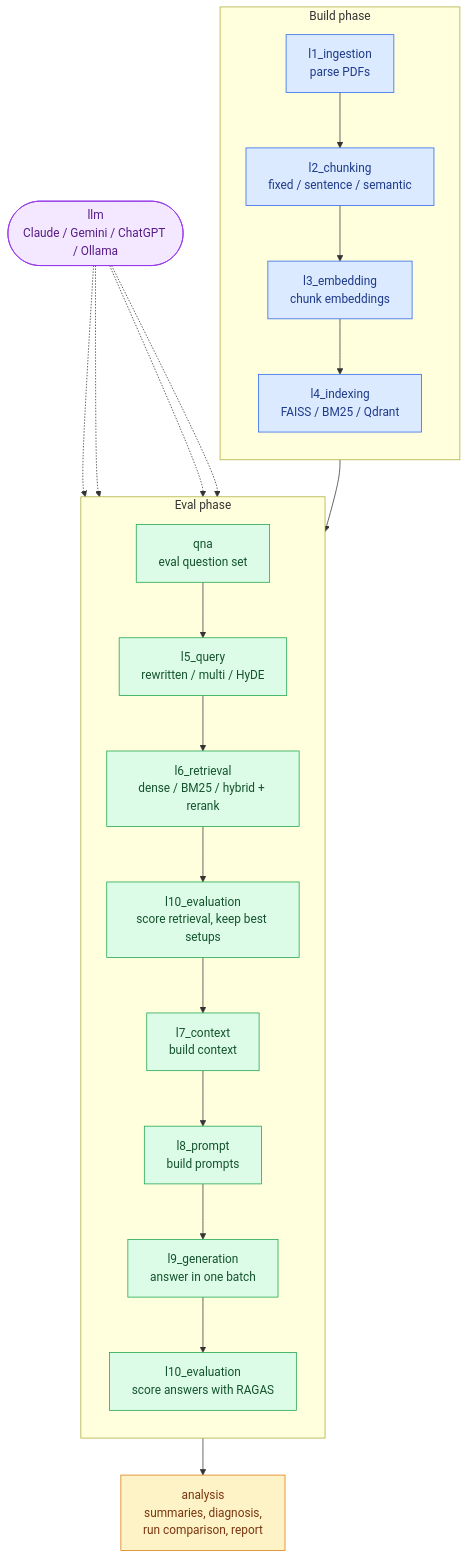
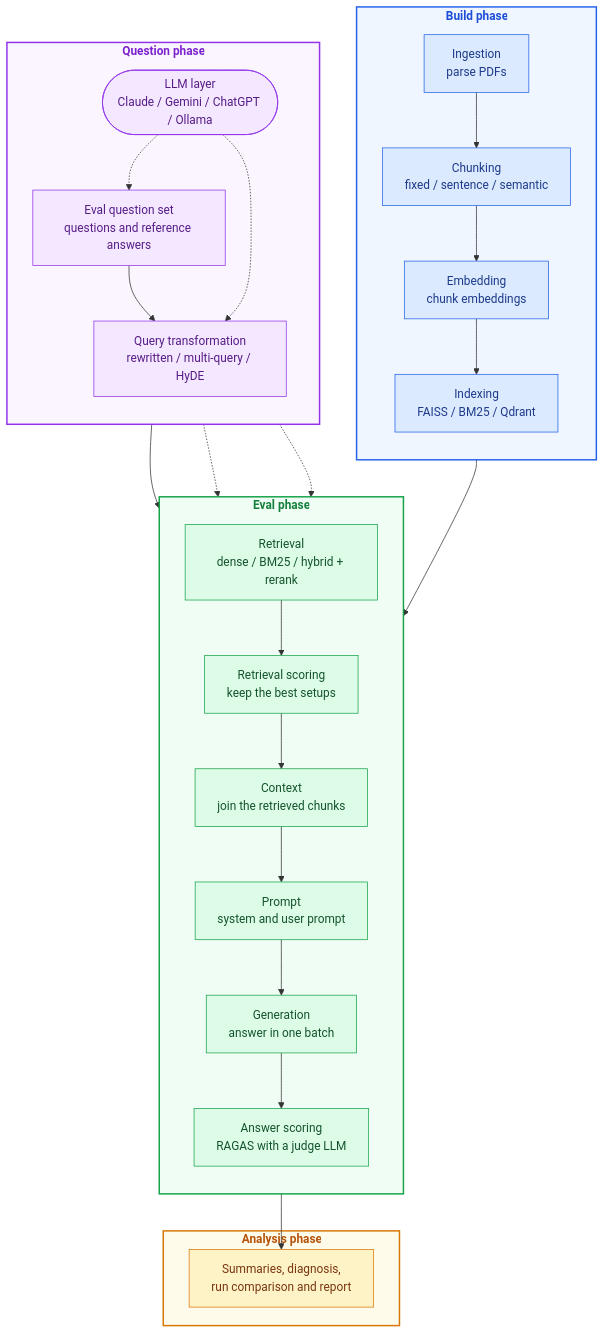
One commit to tanzima-sultana/RAG-Eval changed the diagram in README.md. Above: the diagram before and after it, drawn with Mermaid. The commit also changed other lines of this file, not shown here.

Commit message:
Redraw the README architecture as four colored phases: build and question phases side by side, with the LLM layer in the question phase, then the eval and analysis phases, with plain step names instead of folder names

````diff
--- a/README.md
+++ b/README.md
@@ -23,39 +23,50 @@
 ```mermaid
 flowchart TB
     subgraph BUILD["Build phase"]
         direction TB
-        L1["l1_ingestion<br/>parse PDFs"] --> L2["l2_chunking<br/>fixed / sentence / semantic"]
-        L2 --> L3["l3_embedding<br/>chunk embeddings"]
-        L3 --> L4["l4_indexing<br/>FAISS / BM25 / Qdrant"]
+        L1["Ingestion<br/>parse PDFs"] --> L2["Chunking<br/>fixed / sentence / semantic"]
+        L2 --> L3["Embedding<br/>chunk embeddings"]
+        L3 --> L4["Indexing<br/>FAISS / BM25 / Qdrant"]
+    end
+
+    subgraph PREP["Question phase"]
+        direction TB
+        QNA["Eval question set<br/>questions and reference answers"] --> L5["Query transformation<br/>rewritten / multi-query / HyDE"]
+        LLM(["LLM layer<br/>Claude / Gemini / ChatGPT / Ollama"])
     end
 
     subgraph EVAL["Eval phase"]
         direction TB
-        QNA["qna<br/>eval question set"] --> L5["l5_query<br/>rewritten / multi / HyDE"]
-        L5 --> L6["l6_retrieval<br/>dense / BM25 / hybrid + rerank"]
-        L6 --> RE["l10_evaluation<br/>score retrieval, keep best setups"]
-        RE --> L7["l7_context<br/>build context"]
-        L7 --> L8["l8_prompt<br/>build prompts"]
-        L8 --> L9["l9_generation<br/>answer in one batch"]
-        L9 --> AE["l10_evaluation<br/>score answers with RAGAS"]
+        L6["Retrieval<br/>dense / BM25 / hybrid + rerank"] --> RE["Retrieval scoring<br/>keep the best setups"]
+        RE --> L7["Context<br/>join the retrieved chunks"]
+        L7 --> L8["Prompt<br/>system and user prompt"]
+        L8 --> L9["Generation<br/>answer in one batch"]
+        L9 --> AE["Answer scoring<br/>RAGAS with a judge LLM"]
     end
 
-    AN["analysis<br/>summaries, diagnosis,<br/>run comparison, report"]
-    LLM(["llm<br/>Claude / Gemini / ChatGPT / Ollama"])
+    subgraph ANALYSIS["Analysis phase"]
+        AN["Summaries, diagnosis,<br/>run comparison and report"]
+    end
 
     L4 --> L6
+    L5 --> L6
     AE --> AN
     LLM -.-> QNA
     LLM -.-> L5
     LLM -.-> L9
     LLM -.-> AE
 
     classDef build fill:#dbeafe,stroke:#2563eb,color:#1e3a8a
+    classDef prep fill:#f3e8ff,stroke:#9333ea,color:#581c87
     classDef eval fill:#dcfce7,stroke:#16a34a,color:#14532d
     classDef out fill:#fef3c7,stroke:#d97706,color:#78350f
-    classDef llm fill:#f3e8ff,stroke:#9333ea,color:#581c87
     class L1,L2,L3,L4 build
-    class QNA,L5,L6,RE,L7,L8,L9,AE eval
+    class QNA,L5,LLM prep
+    class L6,RE,L7,L8,L9,AE eval
     class AN out
-    class LLM llm
+
+    style BUILD fill:#eff6ff,stroke:#2563eb,stroke-width:2px,color:#1d4ed8,font-weight:bold
+    style PREP fill:#faf5ff,stroke:#9333ea,stroke-width:2px,color:#7e22ce,font-weight:bold
+    style EVAL fill:#f0fdf4,stroke:#16a34a,stroke-width:2px,color:#15803d,font-weight:bold
+    style ANALYSIS fill:#fffbeb,stroke:#d97706,stroke-width:2px,color:#b45309,font-weight:bold
 ```
````
